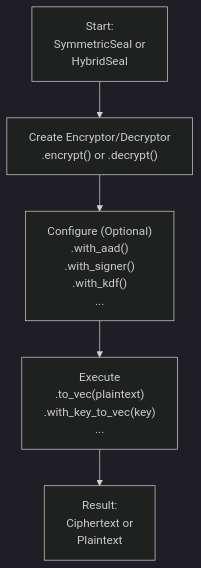
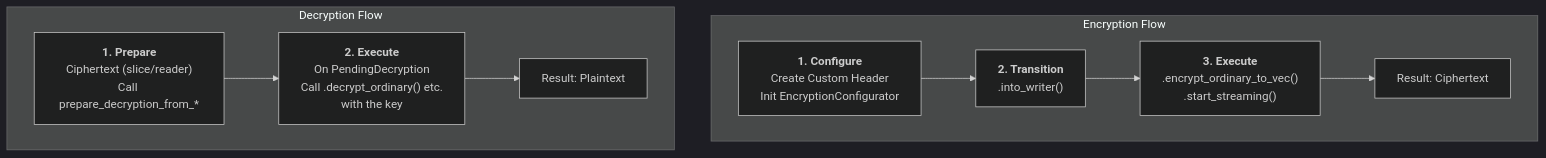
One commit to GlorYouth/seal-flow changed the diagram in README.md. Above: the diagram before and after it, drawn with Mermaid (dark theme). The commit also changed other lines of this file and 1 other file, not shown here.

Commit message:
更新中文和英文README，修改库的描述，强调基于`seal-crypto-wrapper`的高级密码学工作流，调整核心理念为“配置-执行模式”，并详细说明加密和解密流程。新增示例代码，展示对称加密和混合加密的使用方法，更新执行模式和API层级的描述，提升文档的可读性和清晰度。

````diff
--- a/README.md
+++ b/README.md
@@ -21,7 +23,13 @@
 ```mermaid
 graph TD
-    A["Start: <br/>SymmetricSeal or <br/>HybridSeal"] --> B["Create Encryptor/Decryptor <br/> .encrypt() or .decrypt()"];
-    B --> C["Configure (Optional) <br/> .with_aad() <br/> .with_signer() <br/> .with_kdf() <br/> ..."];
-    C --> D["Execute <br/> .to_vec(plaintext) <br/> .with_key_to_vec(key) <br/> ..."];
-    D --> E["Result: <br/>Ciphertext or <br/>Plaintext"];
+    subgraph Encryption Flow
+        A["<b>1. Configure</b><br/>Create Custom Header<br/>Init EncryptionConfigurator"] --> B["<b>2. Transition</b><br/>.into_writer()"];
+        B --> C["<b>3. Execute</b><br/>.encrypt_ordinary_to_vec()<br/>.start_streaming()"];
+        C --> D["Result: Ciphertext"];
+    end
+    
+    subgraph Decryption Flow
+        E["<b>1. Prepare</b><br/>Ciphertext (slice/reader)<br/>Call prepare_decryption_from_*"] --> F["<b>2. Execute</b><br/>On PendingDecryption<br/>Call .decrypt_ordinary() etc.<br/>with the key"];
+        F --> G["Result: Plaintext"];
+    end
 ```
````
